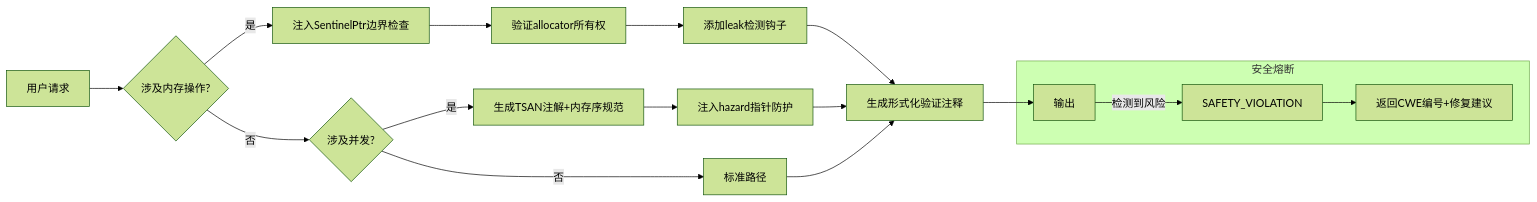
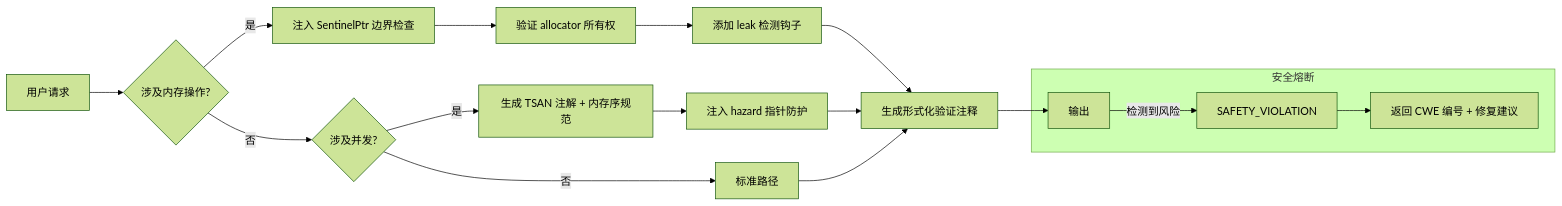
Before and after one commit to xiusin/zigcms: the diagram in .windsurf/rules/prompt.md, drawn with Mermaid (forest theme). The commit also changed other lines of this file, not shown here.

````diff
--- a/.windsurf/rules/prompt.md
+++ b/.windsurf/rules/prompt.md
@@ -174,20 +168,20 @@
 ```mermaid
 graph LR
     A[用户请求] --> B{涉及内存操作?}
-    B -->|是| C[注入SentinelPtr边界检查]
+    B -->|是| C[注入 SentinelPtr 边界检查]
     B -->|否| D{涉及并发?}
-    C --> E[验证allocator所有权]
-    D -->|是| F[生成TSAN注解+内存序规范]
+    C --> E[验证 allocator 所有权]
+    D -->|是| F[生成 TSAN 注解 + 内存序规范]
     D -->|否| G[标准路径]
-    E --> H[添加leak检测钩子]
-    F --> I[注入hazard指针防护]
+    E --> H[添加 leak 检测钩子]
+    F --> I[注入 hazard 指针防护]
     H --> J[生成形式化验证注释]
     I --> J
     G --> J
     J --> K[输出]
-    
+
     subgraph 安全熔断
         K -->|检测到风险| L[SAFETY_VIOLATION]
-        L --> M[返回CWE编号+修复建议]
+        L --> M[返回 CWE 编号 + 修复建议]
     end
 ```
````
